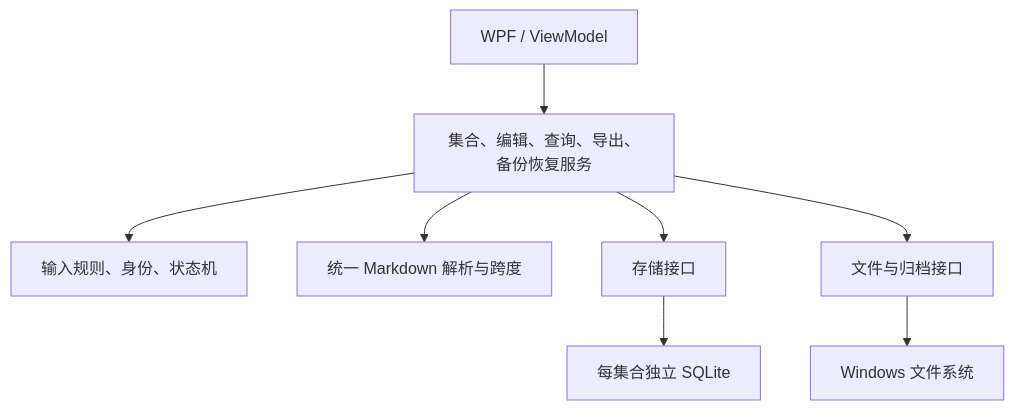
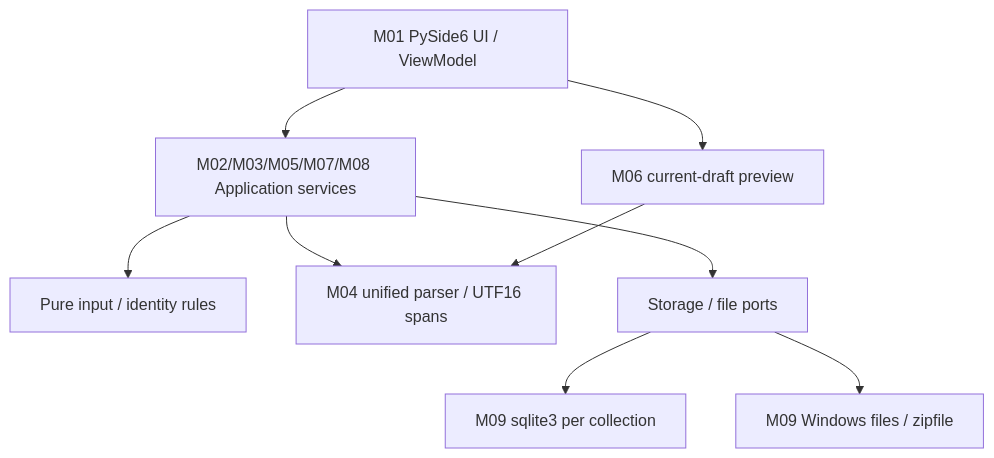
Before and after one commit to clairvoyanttt/personal-markdown-knowledge-base: the diagram in docs/design.md, drawn with Mermaid. The commit also changed other lines of this file and 55 other files, not shown here.

````diff
--- a/docs/design.md
+++ b/docs/design.md
@@ -79,10 +21,11 @@
 ```mermaid
 flowchart TB
-    UI["WPF / ViewModel"] --> APP["集合、编辑、查询、导出、备份恢复服务"]
-    APP --> DOMAIN["输入规则、身份、状态机"]
-    APP --> PARSER["统一 Markdown 解析与跨度"]
-    APP --> STORE["存储接口"]
-    APP --> FILE["文件与归档接口"]
-    STORE --> DB["每集合独立 SQLite"]
-    FILE --> OS["Windows 文件系统"]
+    UI["M01 PySide6 UI / ViewModel"] --> APP["M02/M03/M05/M07/M08 Application services"]
+    APP --> DOMAIN["Pure input / identity rules"]
+    APP --> PARSER["M04 unified parser / UTF16 spans"]
+    APP --> PORTS["Storage / file ports"]
+    PORTS --> SQLITE["M09 sqlite3 per collection"]
+    PORTS --> FILES["M09 Windows files / zipfile"]
+    UI --> PREVIEW["M06 current-draft preview"]
+    PREVIEW --> PARSER
 ```
````
